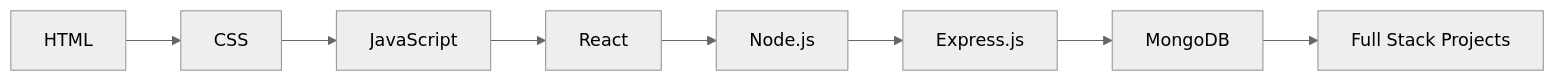
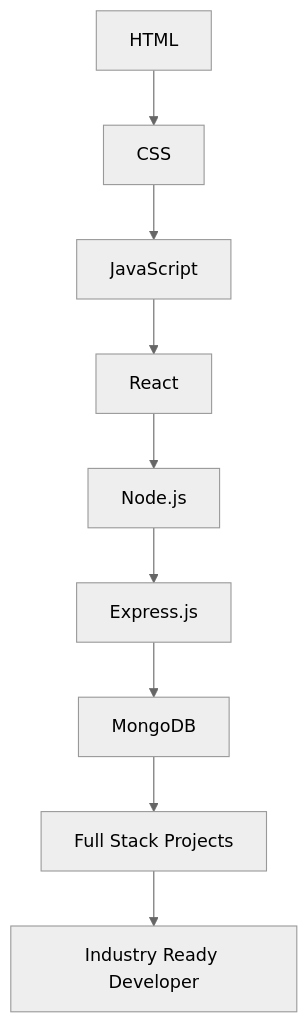
Before and after one commit to hetpatel1b/Web-Development: the diagram in README.md, drawn with Mermaid (neutral theme). The commit also changed other lines of this file, not shown here.

````diff
--- a/README.md
+++ b/README.md
@@ -70,10 +65,12 @@
 ```mermaid
-graph LR
+graph TD
+
 A[HTML] --> B[CSS]
 B --> C[JavaScript]
 C --> D[React]
 D --> E[Node.js]
 E --> F[Express.js]
 F --> G[MongoDB]
 G --> H[Full Stack Projects]
+H --> I[Industry Ready Developer]
 ```
````
